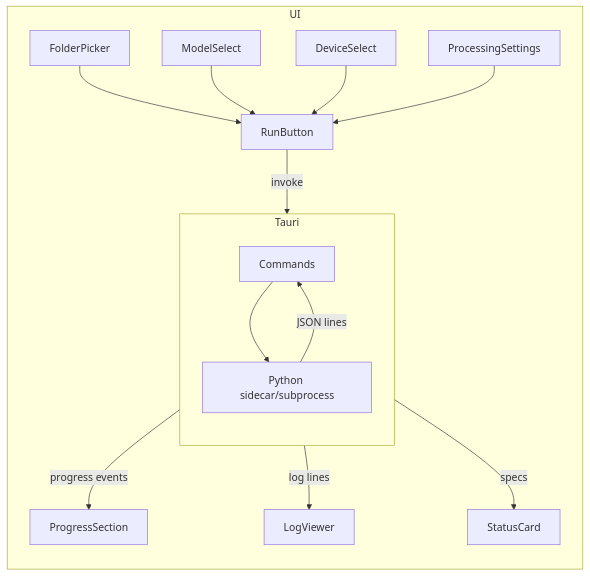
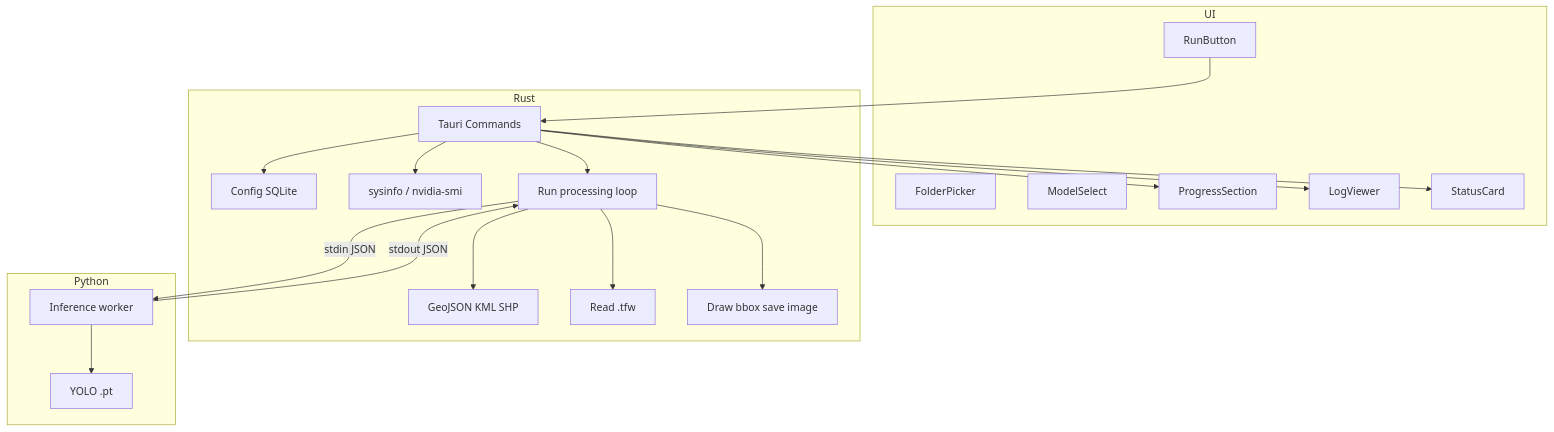
One commit to Dendysurya15/Pokok-Kuning-Desktop-App changed the diagram in .cursor/plans/palm_counting_ddd_+_tauri_ui_1649ea12.plan.md. Above: the diagram before and after it, drawn with Mermaid. The commit also changed other lines of this file, not shown here.

Commit message:
Revise Palm Counting AI architecture to a hybrid model utilizing Rust for UI and orchestration, while Python is limited to YOLO inference. Updated project structure and todos for improved integration with Tauri and React, enhancing overall functionality and user experience.

````diff
--- a/.cursor/plans/palm_counting_ddd_+_tauri_ui_1649ea12.plan.md
+++ b/.cursor/plans/palm_counting_ddd_+_tauri_ui_1649ea12.plan.md
@@ -130,17 +32,40 @@
 ```mermaid
-flowchart LR
+flowchart TB
   subgraph UI
-    FolderPicker --> RunButton
-    ModelSelect --> RunButton
-    DeviceSelect --> RunButton
-    ProcessingSettings --> RunButton
-    RunButton -->|invoke| Tauri
-    Tauri -->|progress events| ProgressSection
-    Tauri -->|log lines| LogViewer
-    Tauri -->|specs| StatusCard
+    FolderPicker
+    ModelSelect
+    RunButton
+    ProgressSection
+    LogViewer
+    StatusCard
   end
-  subgraph Tauri
-    Commands[Commands] --> Sidecar[Python sidecar/subprocess]
-    Sidecar -->|JSON lines| Commands
+
+  subgraph Rust
+    Commands[Tauri Commands]
+    Config[Config SQLite]
+    Specs[sysinfo / nvidia-smi]
+    Geo[GeoJSON KML SHP]
+    Tfw[Read .tfw]
+    Annotate[Draw bbox save image]
+    Orchestrator[Run processing loop]
   end
+
+  subgraph Python
+    InferWorker[Inference worker]
+    YOLO[YOLO .pt]
+  end
+
+  RunButton --> Commands
+  Commands --> Orchestrator
+  Orchestrator -->|stdin JSON| InferWorker
+  InferWorker --> YOLO
+  InferWorker -->|stdout JSON| Orchestrator
+  Orchestrator --> Tfw
+  Orchestrator --> Geo
+  Orchestrator --> Annotate
+  Commands --> Config
+  Commands --> Specs
+  Commands --> ProgressSection
+  Commands --> LogViewer
+  Commands --> StatusCard
 ```
````
